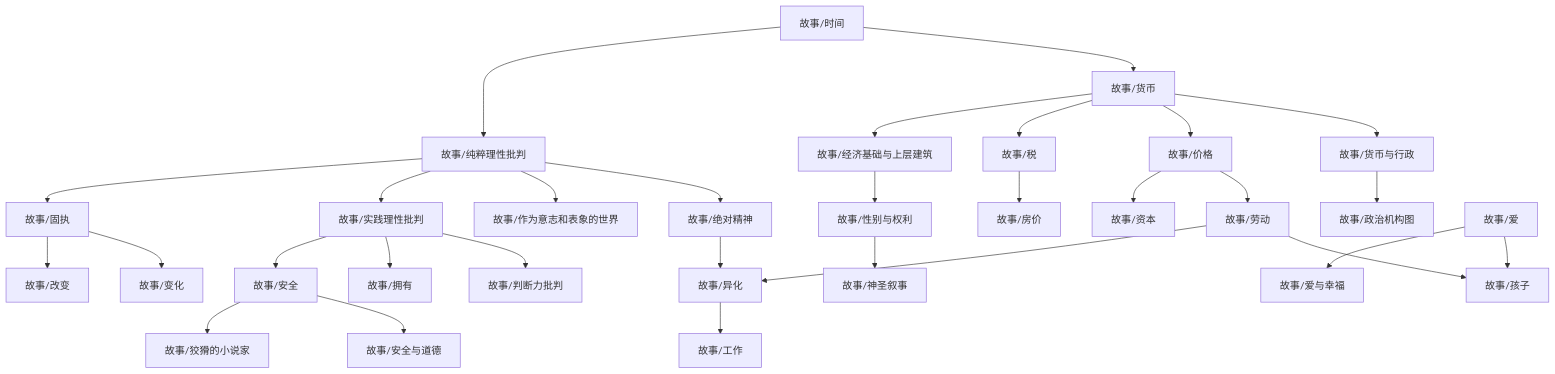
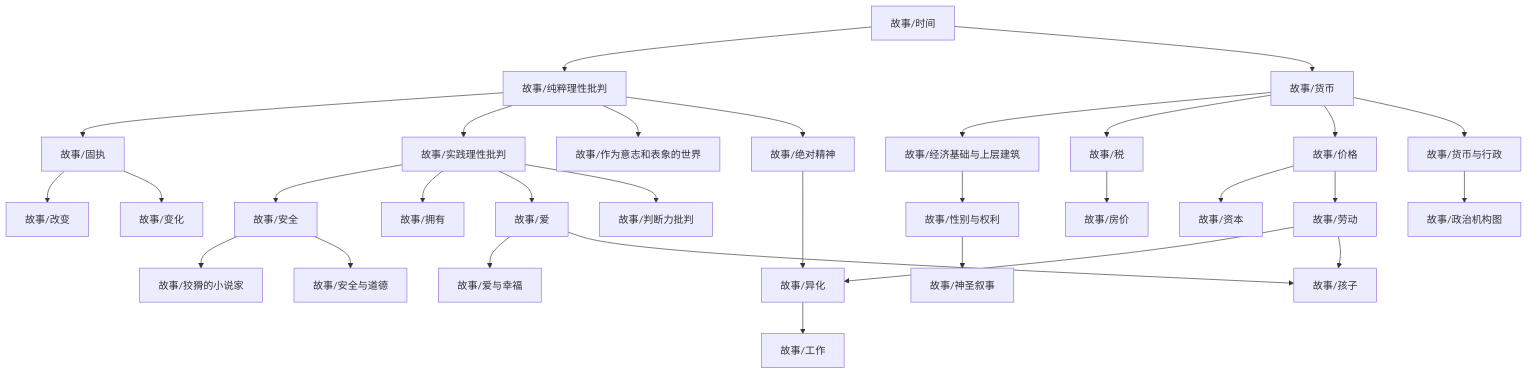
Before and after one commit to zeroDtree/zeroDtree.github.io: the diagram in content/故事/dependency_graph.md, drawn with Mermaid. The commit also changed 3 other files, not shown here.

````diff
--- a/content/故事/dependency_graph.md
+++ b/content/故事/dependency_graph.md
@@ -1,32 +1,33 @@
 ```mermaid
 graph TD
 1["故事/劳动"] --> 0["故事/异化"]
 2["故事/绝对精神"] --> 0["故事/异化"]
 4["故事/纯粹理性批判"] --> 3["故事/固执"]
 6["故事/经济基础与上层建筑"] --> 5["故事/性别与权利"]
 8["故事/价格"] --> 7["故事/资本"]
 3["故事/固执"] --> 9["故事/改变"]
 11["故事/安全"] --> 10["故事/狡猾的小说家"]
 4["故事/纯粹理性批判"] --> 12["故事/实践理性批判"]
 13["故事/时间"] --> 4["故事/纯粹理性批判"]
 12["故事/实践理性批判"] --> 11["故事/安全"]
 14["故事/货币"] --> 6["故事/经济基础与上层建筑"]
 12["故事/实践理性批判"] --> 15["故事/拥有"]
 14["故事/货币"] --> 16["故事/税"]
 16["故事/税"] --> 17["故事/房价"]
 19["故事/货币与行政"] --> 18["故事/政治机构图"]
 3["故事/固执"] --> 20["故事/变化"]
+12["故事/实践理性批判"] --> 21["故事/爱"]
 14["故事/货币"] --> 8["故事/价格"]
-4["故事/纯粹理性批判"] --> 22["故事/作为意志和表象的世界"]
+4["故事/纯粹理性批判"] --> 23["故事/作为意志和表象的世界"]
 4["故事/纯粹理性批判"] --> 2["故事/绝对精神"]
 14["故事/货币"] --> 19["故事/货币与行政"]
-11["故事/安全"] --> 23["故事/安全与道德"]
-5["故事/性别与权利"] --> 24["故事/神圣叙事"]
-0["故事/异化"] --> 25["故事/工作"]
-27["故事/爱"] --> 26["故事/爱与幸福"]
+11["故事/安全"] --> 24["故事/安全与道德"]
+5["故事/性别与权利"] --> 25["故事/神圣叙事"]
+0["故事/异化"] --> 26["故事/工作"]
+21["故事/爱"] --> 27["故事/爱与幸福"]
 13["故事/时间"] --> 14["故事/货币"]
-27["故事/爱"] --> 28["故事/孩子"]
+21["故事/爱"] --> 28["故事/孩子"]
 1["故事/劳动"] --> 28["故事/孩子"]
 8["故事/价格"] --> 1["故事/劳动"]
 12["故事/实践理性批判"] --> 29["故事/判断力批判"]
 ```
````
